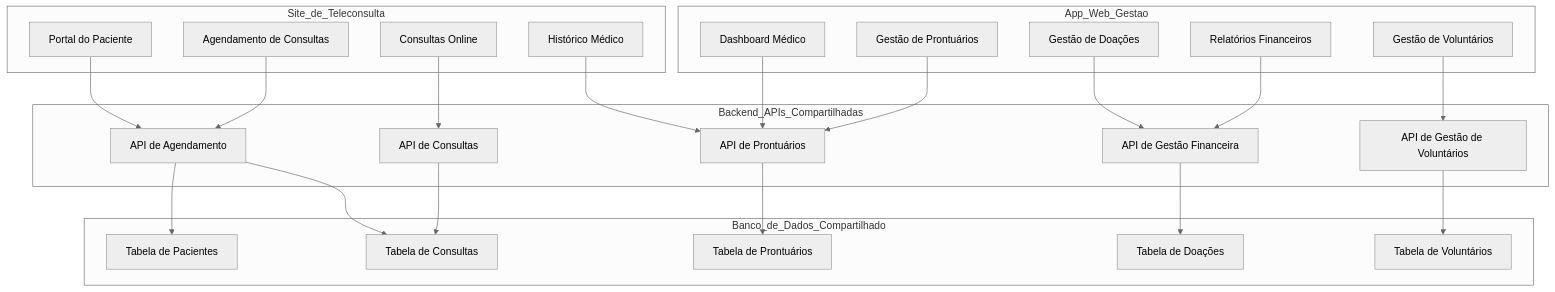
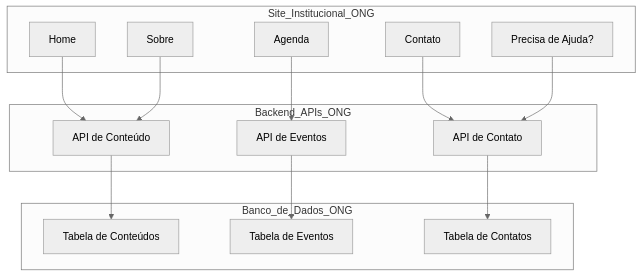
Before and after one commit to neresfabio/analiseONG: the second of 3 diagrams in README.md, drawn with Mermaid (neutral theme). The commit also changed other lines of this file, not shown here.

````diff
--- a/README.md
+++ b/README.md
@@ -3,53 +119,35 @@
 ```mermaid
 
 graph TD
-    subgraph Site_de_Teleconsulta
-        S1[Portal do Paciente]
-        S2[Agendamento de Consultas]
-        S3[Histórico Médico]
-        S4[Consultas Online]
+    subgraph Site_Institucional_ONG
+        ONG1[Home]
+        ONG2[Sobre]
+        ONG3[Agenda]
+        ONG4[Contato]
+        ONG5[Precisa de Ajuda?]
     end
 
-    subgraph App_Web_Gestao
-        A1[Dashboard Médico]
-        A2[Gestão de Prontuários]
-        A3[Gestão de Doações]
-        A4[Gestão de Voluntários]
-        A5[Relatórios Financeiros]
+    subgraph Backend_APIs_ONG
+        API1[API de Conteúdo]
+        API2[API de Eventos]
+        API3[API de Contato]
     end
 
-    subgraph Backend_APIs_Compartilhadas
-        API1[API de Agendamento]
-        API2[API de Prontuários]
-        API3[API de Consultas]
-        API4[API de Gestão Financeira]
-        API5[API de Gestão de Voluntários]
+    subgraph Banco_de_Dados_ONG
+        DB1[Tabela de Conteúdos]
+        DB2[Tabela de Eventos]
+        DB3[Tabela de Contatos]
     end
 
-    subgraph Banco_de_Dados_Compartilhado
-        DB1[Tabela de Pacientes]
-        DB2[Tabela de Consultas]
-        DB3[Tabela de Prontuários]
-        DB4[Tabela de Doações]
-        DB5[Tabela de Voluntários]
-    end
+    ONG1 --> API1
+    ONG2 --> API1
+    ONG3 --> API2
+    ONG4 --> API3
+    ONG5 --> API3
 
-    S1 --> API1
-    S2 --> API1
-    S3 --> API2
-    S4 --> API3
-    A1 --> API2
-    A2 --> API2
-    A3 --> API4
-    A4 --> API5
-    A5 --> API4
-
-    API1 --> DB2
-    API2 --> DB3
-    API3 --> DB2
-    API4 --> DB4
-    API5 --> DB5
     API1 --> DB1
+    API2 --> DB2
+    API3 --> DB3
 
 
 ```
````
